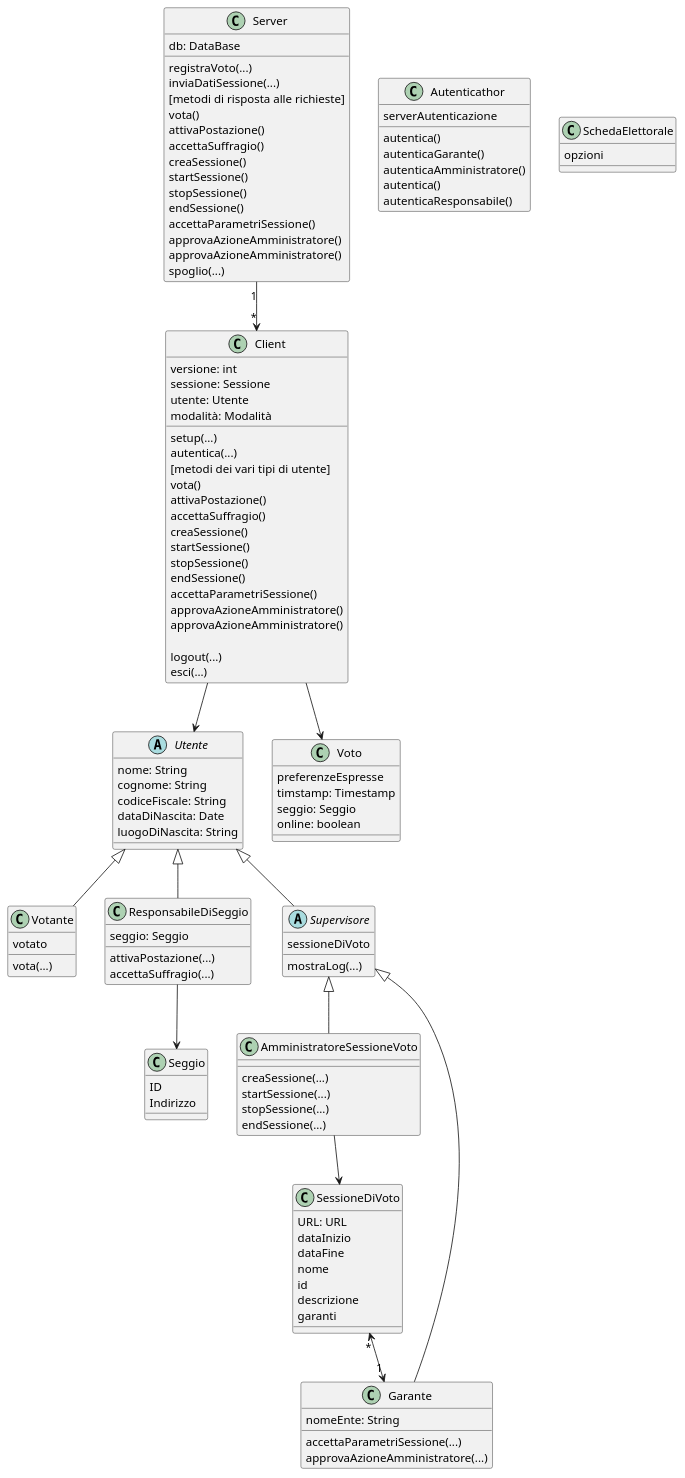
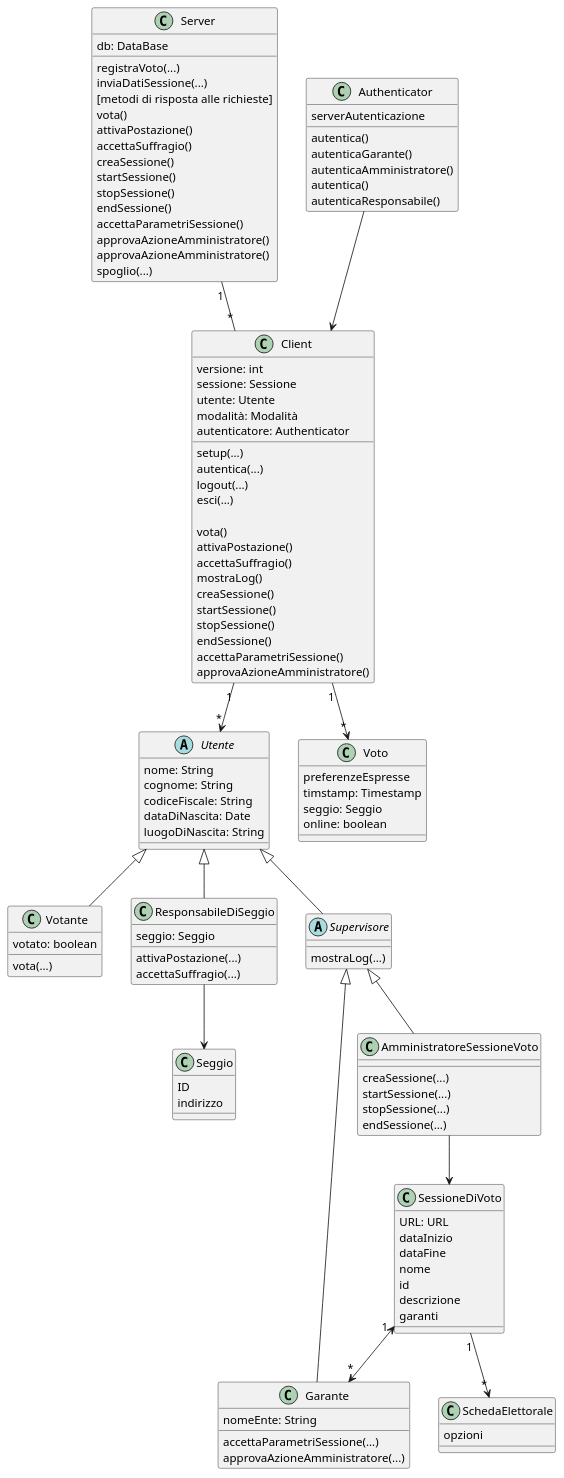
Before and after one commit to sgorblex-unimi/SVeSE_docs: the diagram in UML/class.puml, drawn with PlantUML. The commit also changed 2 other files, not shown here.

Commit message:
update diagramma classi e aggiunto paragrafo sequenze

```diff
--- a/UML/class.puml
+++ b/UML/class.puml
@@ -1,134 +1,131 @@
 @startuml
 'left to right direction
-
-abstract class Utente {
-	nome: String
-	cognome: String
-	codiceFiscale: String
-	dataDiNascita: Date
-	luogoDiNascita: String
-}
-
-class Votante extends Utente {
-	votato
-	{method} vota(...)
-}
-
-class Seggio {
-	ID
-	Indirizzo
-}
-
-class ResponsabileDiSeggio {
-	seggio: Seggio
-	{method} attivaPostazione(...)
-	{method} accettaSuffragio(...)
-}
-ResponsabileDiSeggio --> Seggio
-Utente <|-- ResponsabileDiSeggio
-
-abstract class Supervisore extends Utente {
-	sessioneDiVoto
-	{method} mostraLog(...)
-}
-
-class AmministratoreSessioneVoto extends Supervisore {
-	{method} creaSessione(...)
-	{method} startSessione(...)
-	{method} stopSessione(...)
-	{method} endSessione(...)
-}
-
-class Garante extends Supervisore {
-	'classe Ente?
-	nomeEnte: String
-	{method} accettaParametriSessione(...)
-	{method} approvaAzioneAmministratore(...)
-}
-
-class Voto {
-	preferenzeEspresse
-	timstamp: Timestamp
-	seggio: Seggio
-	online: boolean
-	'insieme di preferenze nel caso siano ci siano contemporaneamente più votazioni
-}
-
-class Autenticathor {
-	{field} serverAutenticazione
-	{method} autentica()
-	{method} autenticaGarante()
-	{method} autenticaAmministratore()
-	{method} autentica()
-	{method} autenticaResponsabile()
-}
-
-'classe del main
-class Client {
-	{field} versione: int
-	{field} sessione: Sessione
-	{field} utente: Utente
-	{field} modalità: Modalità
-	' imposta il server e predispone l'interfaccia (pronta per l'autenticazione)
-	{method} setup(...)
-	' imposta utente e modalità dopo aver verificato l'identità della persona e eventualmente le credenziali di utente privilegiato
-	'{method} autentica(codiceFiscale: String, password: String)
-	{method} autentica(...)
-	' #############################################################
-	{method} [metodi dei vari tipi di utente]
-	{method} vota()
-	{method} attivaPostazione()
-	{method} accettaSuffragio()
-	{method} creaSessione() 
-	{method} startSessione()
-	{method} stopSessione()
-	{method} endSessione()
-	{method} accettaParametriSessione()
-	{method} approvaAzioneAmministratore()
-	{method} approvaAzioneAmministratore()
-
-	' #############################################################
-	{method} logout(...)
-	{method} esci(...)
-}
-Client --> Utente
-Client --> Voto
 
 'classe del main
 class Server {
 	{field} db: DataBase
 	{method} registraVoto(...)
 	{method} inviaDatiSessione(...)
 	{method} [metodi di risposta alle richieste]
 	{method} vota()
 	{method} attivaPostazione()
 	{method} accettaSuffragio()
 	{method} creaSessione() 
 	{method} startSessione()
 	{method} stopSessione()
 	{method} endSessione()
 	{method} accettaParametriSessione()
 	{method} approvaAzioneAmministratore()
 	{method} approvaAzioneAmministratore()
 	' #############################################################
 	{method} spoglio(...)
 }
-Server "1" --> "*" Client
+
+'classe del main
+class Client {
+	{field} versione: int
+	{field} sessione: Sessione
+	{field} utente: Utente
+	{field} modalità: Modalità
+	{field} autenticatore: Authenticator
+	' imposta il server e predispone l'interfaccia (pronta per l'autenticazione)
+	{method} setup(...)
+	' imposta utente e modalità dopo aver verificato l'identità della persona e eventualmente le credenziali di utente privilegiato
+	{method} autentica(...)
+	{method} logout(...)
+	{method} esci(...)
+
+	{method} vota()
+	{method} attivaPostazione()
+	{method} accettaSuffragio()
+	{method} mostraLog()
+	{method} creaSessione() 
+	{method} startSessione()
+	{method} stopSessione()
+	{method} endSessione()
+	{method} accettaParametriSessione()
+	{method} approvaAzioneAmministratore()
+}
+Server "1" -- "*" Client
+
+class Authenticator {
+	{field} serverAutenticazione
+	{method} autentica()
+	{method} autenticaGarante()
+	{method} autenticaAmministratore()
+	{method} autentica()
+	{method} autenticaResponsabile()
+}
+Authenticator --> Client
 
 class SessioneDiVoto {
 	URL: URL
 	dataInizio
 	dataFine
 	nome
 	id
 	descrizione
 	garanti
 }
+SessioneDiVoto "1" <--> "*" Garante
+
+abstract class Utente {
+	nome: String
+	cognome: String
+	codiceFiscale: String
+	dataDiNascita: Date
+	luogoDiNascita: String
+}
+Client "1" --> "*" Utente
+
+class Votante extends Utente {
+	votato: boolean
+	{method} vota(...)
+}
+
+class Seggio {
+	ID
+	indirizzo
+}
+
+class ResponsabileDiSeggio extends Utente {
+	seggio: Seggio
+	{method} attivaPostazione(...)
+	{method} accettaSuffragio(...)
+}
+ResponsabileDiSeggio --> Seggio
+
+abstract class Supervisore extends Utente {
+	{method} mostraLog(...)
+}
+
+class AmministratoreSessioneVoto extends Supervisore {
+	{method} creaSessione(...)
+	{method} startSessione(...)
+	{method} stopSessione(...)
+	{method} endSessione(...)
+}
 AmministratoreSessioneVoto --> SessioneDiVoto
-SessioneDiVoto "*" <--> "1" Garante
+
+class Garante extends Supervisore {
+	'classe Ente?
+	nomeEnte: String
+	{method} accettaParametriSessione(...)
+	{method} approvaAzioneAmministratore(...)
+}
+
+class Voto {
+	preferenzeEspresse
+	timstamp: Timestamp
+	seggio: Seggio
+	online: boolean
+	'insieme di preferenze nel caso siano ci siano contemporaneamente più votazioni
+}
+Client "1" --> "*" Voto
 
 class SchedaElettorale {
 	opzioni
 }
+SessioneDiVoto "1" --> "*" SchedaElettorale
 
 @enduml
```
